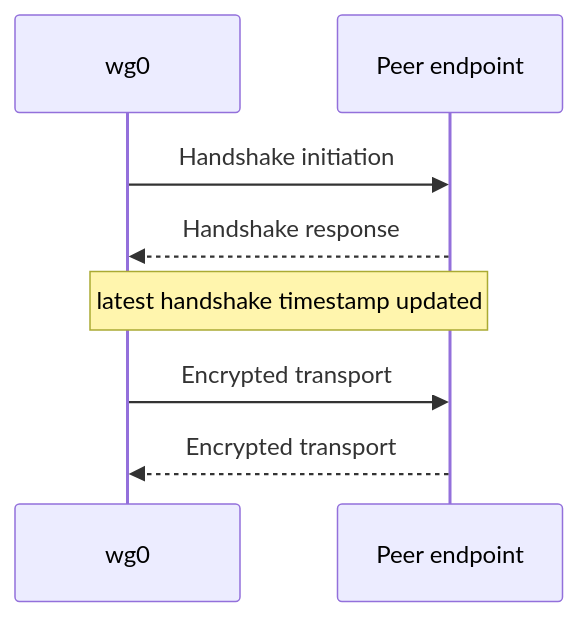
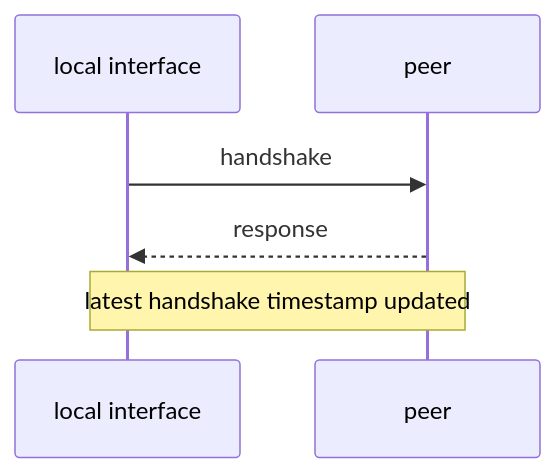
One commit to roto31/Tunnel-Monitor---Universal changed the second of 4 diagrams in docs/vpn-solutions/wireguard.md. Above: the diagram before and after it, drawn with Mermaid. The commit also changed other lines of this file and 22 other files, not shown here.

````diff
--- a/docs/vpn-solutions/wireguard.md
+++ b/docs/vpn-solutions/wireguard.md
@@ -43,10 +30,8 @@
 ```mermaid
 sequenceDiagram
-    participant IF as wg0
-    participant P as Peer endpoint
-    IF->>P: Handshake initiation
-    P-->>IF: Handshake response
+    participant IF as local interface
+    participant P as peer
+    IF->>P: handshake
+    P-->>IF: response
     Note over IF,P: latest handshake timestamp updated
-    IF->>P: Encrypted transport
-    P-->>IF: Encrypted transport
 ```
````
